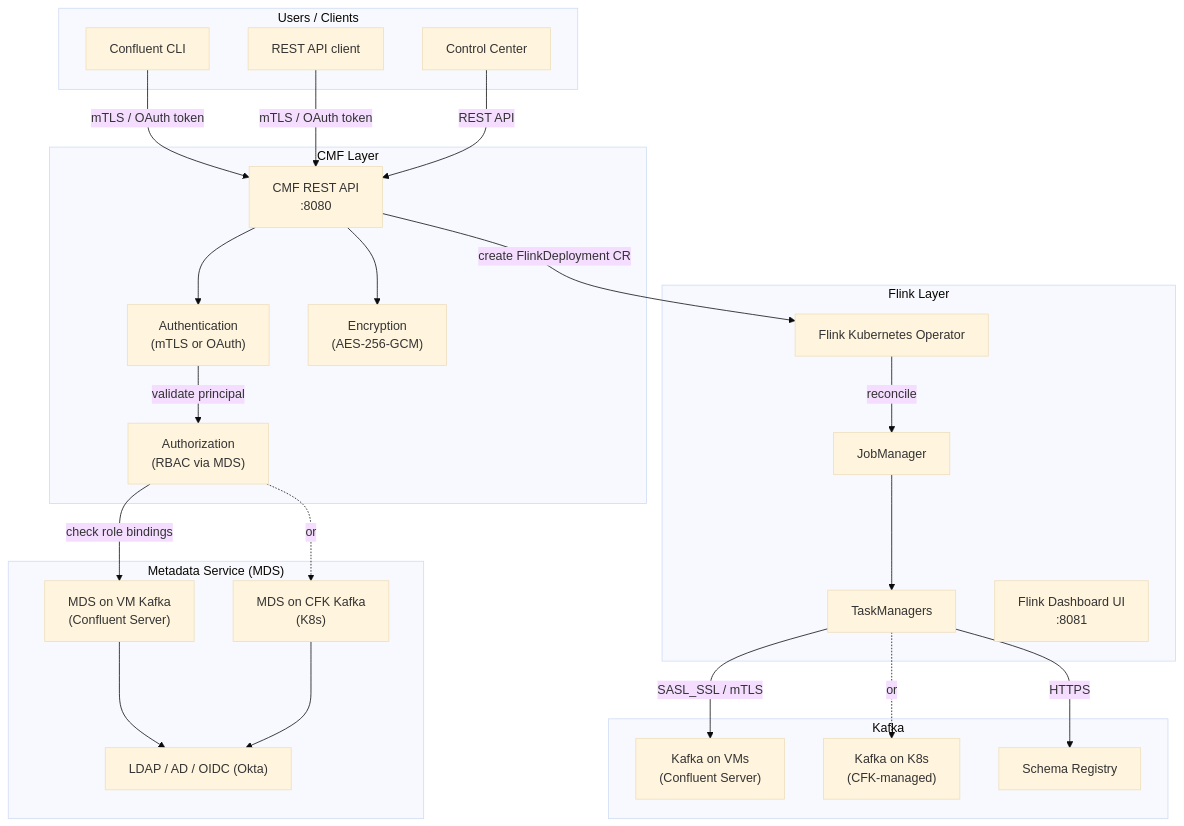
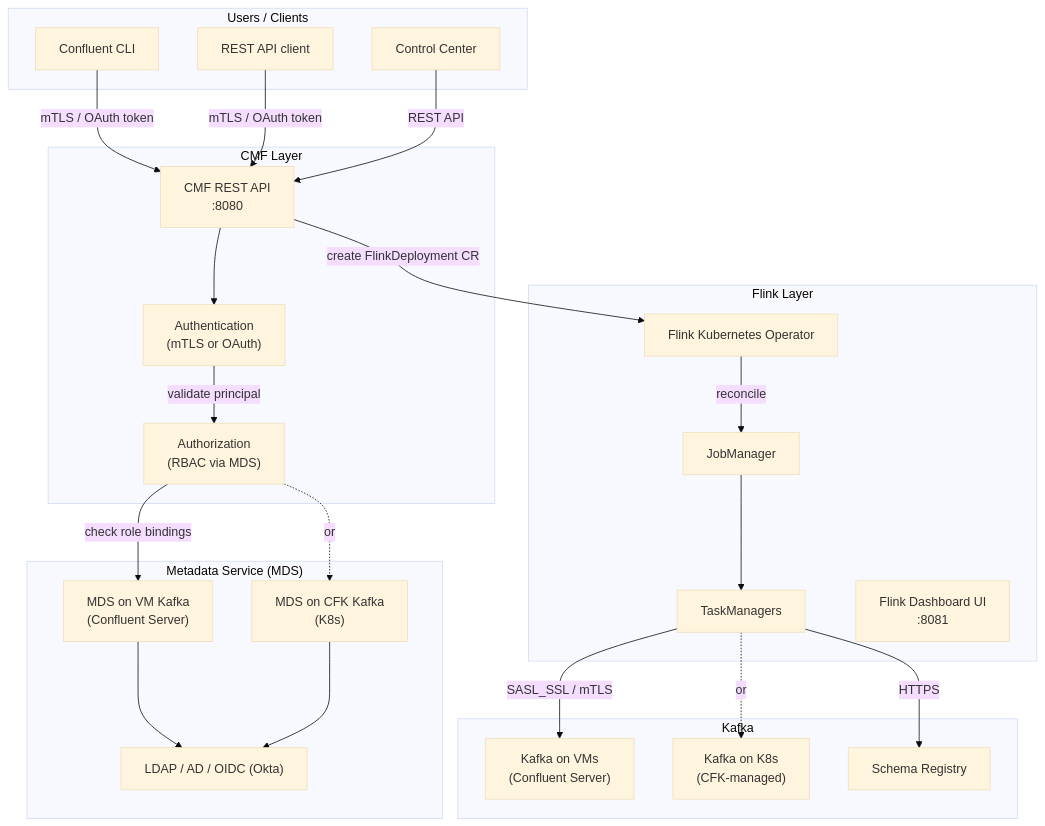
One commit to aadmassu/flink-on-k8s-with-cp changed the first of 6 diagrams in docs/SECURITY.md. Above: the diagram before and after it, drawn with Mermaid (base theme). The commit also changed other lines of this file, not shown here.

First line of the commit message:
Remove encryption box and mTLS auth option from security doc

````diff
--- a/docs/SECURITY.md
+++ b/docs/SECURITY.md
@@ -16,53 +16,50 @@
 ```mermaid
 flowchart TD
     subgraph users["Users / Clients"]
         cli["Confluent CLI"]
         rest["REST API client"]
         c3["Control Center"]
     end
 
     subgraph cmf_layer["CMF Layer"]
         cmf["CMF REST API<br>:8080"]
         cmf_auth["Authentication<br>(mTLS or OAuth)"]
         cmf_rbac["Authorization<br>(RBAC via MDS)"]
-        cmf_enc["Encryption<br>(AES-256-GCM)"]
     end
 
     subgraph mds_layer["Metadata Service (MDS)"]
         mds_vm["MDS on VM Kafka<br>(Confluent Server)"]
         mds_k8s["MDS on CFK Kafka<br>(K8s)"]
         iam["LDAP / AD / OIDC (Okta)"]
     end
 
     subgraph flink_layer["Flink Layer"]
         fko["Flink Kubernetes Operator"]
         jm["JobManager"]
         tm["TaskManagers"]
         flink_ui["Flink Dashboard UI<br>:8081"]
     end
 
     subgraph kafka_layer["Kafka"]
         kafka_vm["Kafka on VMs<br>(Confluent Server)"]
         kafka_k8s["Kafka on K8s<br>(CFK-managed)"]
         sr["Schema Registry"]
     end
 
     cli -->|"mTLS / OAuth token"| cmf
     rest -->|"mTLS / OAuth token"| cmf
     c3 -->|"REST API"| cmf
 
     cmf --> cmf_auth -->|"validate principal"| cmf_rbac
     cmf_rbac -->|"check role bindings"| mds_vm
     cmf_rbac -.->|"or"| mds_k8s
     mds_vm --> iam
     mds_k8s --> iam
-    cmf --> cmf_enc
-
     cmf -->|"create FlinkDeployment CR"| fko
     fko -->|"reconcile"| jm
     jm --> tm
 
     tm -->|"SASL_SSL / mTLS"| kafka_vm
     tm -.->|"or"| kafka_k8s
     tm -->|"HTTPS"| sr
 ```
````
